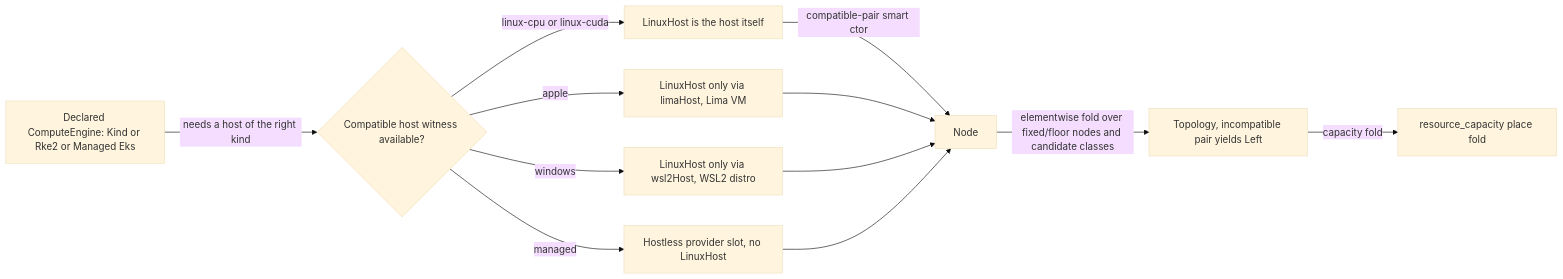
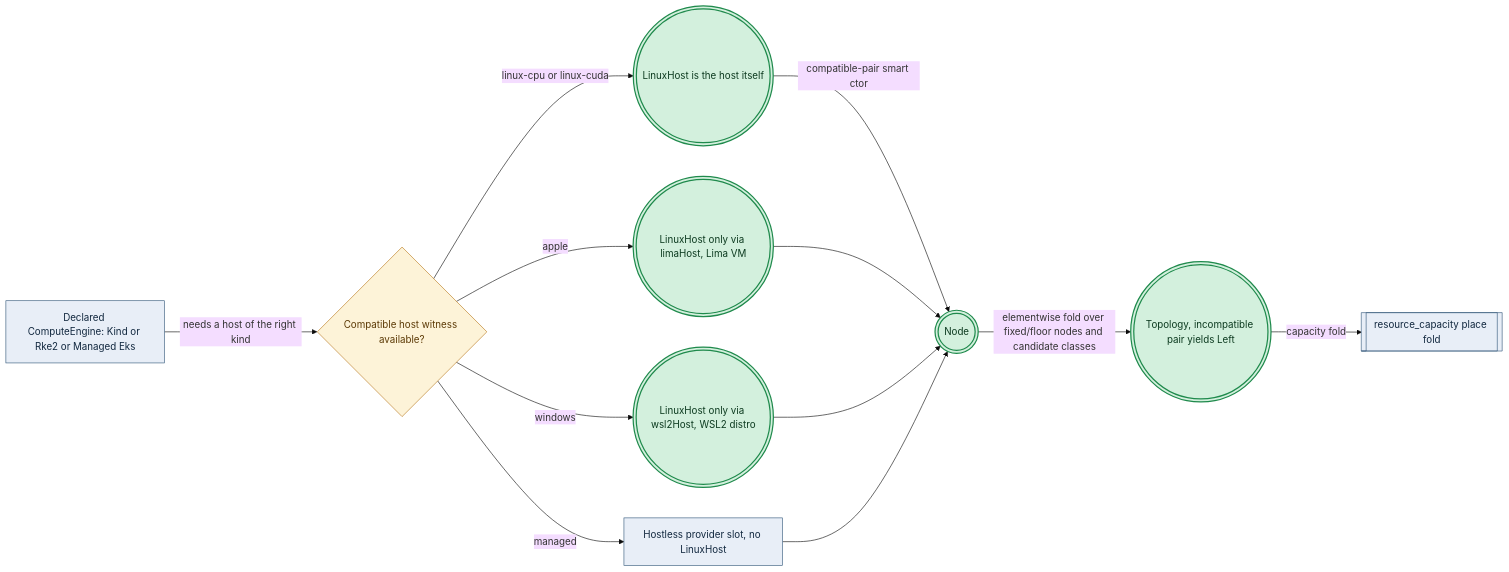
One commit to Tuee22/amoebius changed the diagram in documents/engineering/cluster_topology_doctrine.md. Above: the diagram before and after it, drawn with Mermaid (base theme). The commit also changed other lines of this file and 36 other files, not shown here.

````diff
--- a/documents/engineering/cluster_topology_doctrine.md
+++ b/documents/engineering/cluster_topology_doctrine.md
@@ -530,14 +532,17 @@
 ```mermaid
 flowchart LR
-  engine[Declared ComputeEngine: Kind or Rke2 or Managed Eks] -->|needs a host of the right kind| host{Compatible host witness available?}
-  host -->|linux-cpu or linux-cuda| direct[LinuxHost is the host itself]
-  host -->|apple| lima[LinuxHost only via limaHost, Lima VM]
-  host -->|windows| wsl[LinuxHost only via wsl2Host, WSL2 distro]
-  host -->|managed| slot[Hostless provider slot, no LinuxHost]
-  direct -->|compatible-pair smart ctor| node[Node]
+  engine[Declared ComputeEngine: Kind or Rke2 or Managed Eks]:::intent -->|needs a host of the right kind| host{Compatible host witness available?}:::decision
+  host -->|linux-cpu or linux-cuda| direct((("LinuxHost is the host itself"))):::seal
+  host -->|apple| lima((("LinuxHost only via limaHost, Lima VM"))):::seal
+  host -->|windows| wsl((("LinuxHost only via wsl2Host, WSL2 distro"))):::seal
+  host -->|managed| slot[Hostless provider slot, no LinuxHost]:::intent
+  direct -->|compatible-pair smart ctor| node((("Node"))):::seal
   lima --> node
   wsl --> node
   slot --> node
-  node -->|elementwise fold over fixed/floor nodes and candidate classes| topo[Topology, incompatible pair yields Left]
-  topo -->|capacity fold| cap[resource_capacity place fold]
+  node -->|elementwise fold over fixed/floor nodes and candidate classes| topo((("Topology, incompatible pair yields Left"))):::seal
+  topo -->|capacity fold| cap[["resource_capacity place fold"]]:::intent
+  classDef intent   fill:#e8eef7,stroke:#33587a,color:#12283f,stroke-width:1px
+  classDef decision fill:#fdf3d8,stroke:#b8791b,color:#5c3a06,stroke-width:1px
+  classDef seal     fill:#d3f0dd,stroke:#1f8a4c,color:#0c3a1f,stroke-width:2px
 ```
````
